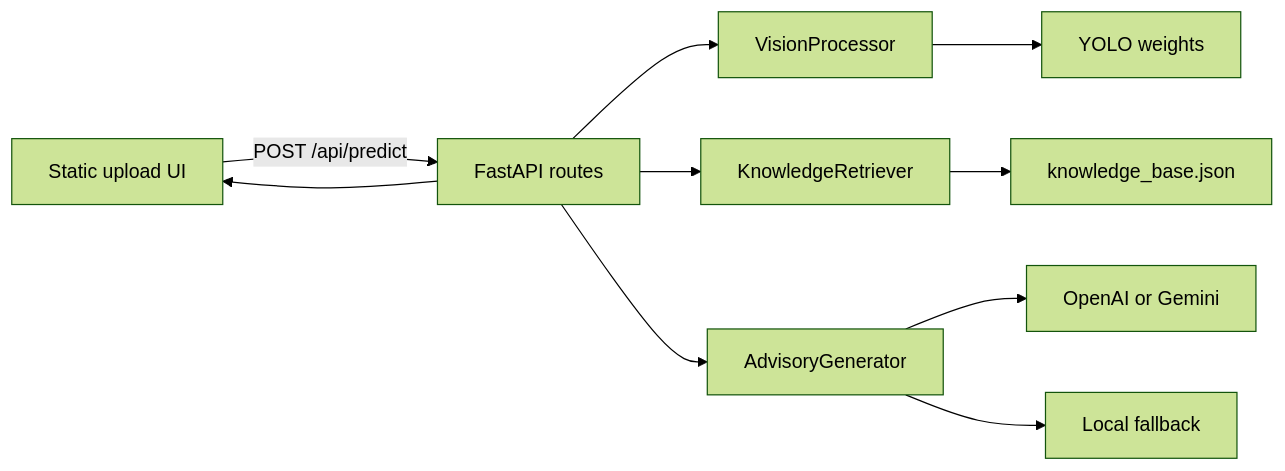
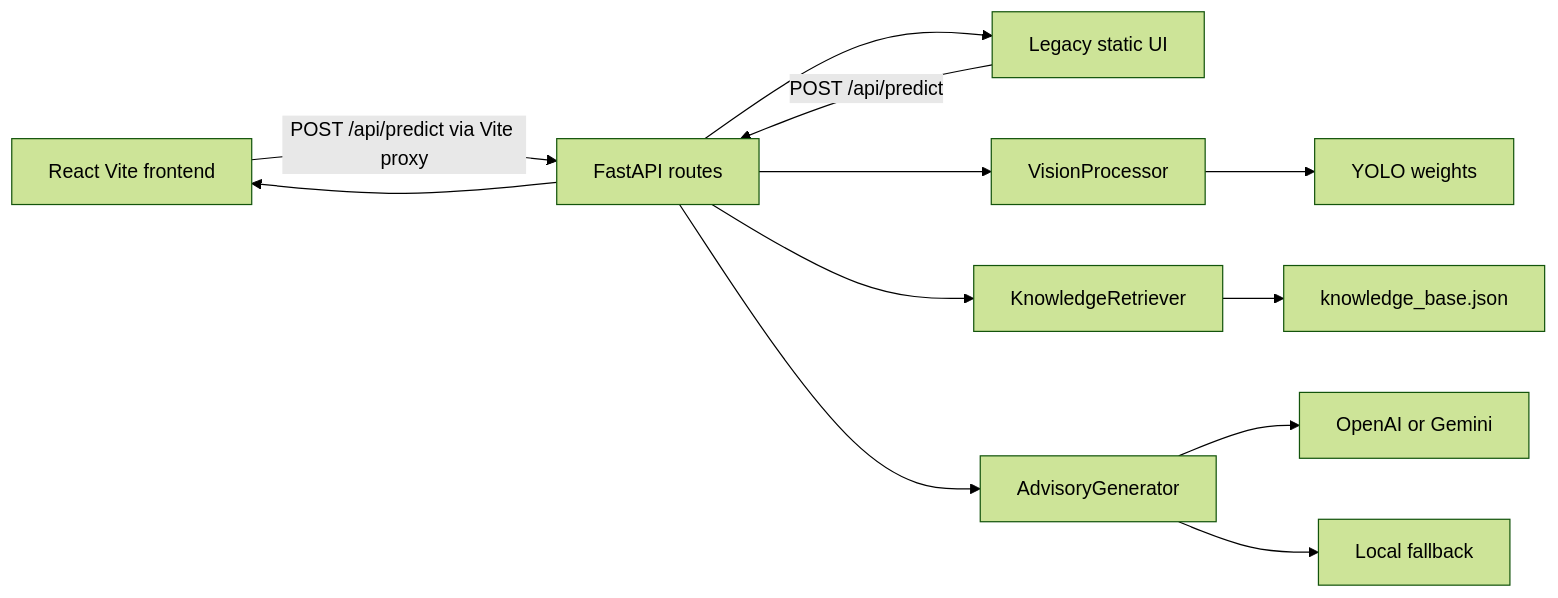
Before and after one commit to jiale2004/FoodSense-MY: the first of 2 diagrams in docs/architecture.md, drawn with Mermaid (forest theme). The commit also changed other lines of this file and 4 other files, not shown here.

Commit message:
docs: treat React Vite app as primary frontend in handoff and architecture

````diff
--- a/docs/architecture.md
+++ b/docs/architecture.md
@@ -12,12 +30,14 @@
 ```mermaid
 flowchart LR
-    UI[Static upload UI] -->|POST /api/predict| API[FastAPI routes]
+    UI[React Vite frontend] -->|POST /api/predict via Vite proxy| API[FastAPI routes]
+    Static[Legacy static UI] -->|POST /api/predict| API
     API --> Vision[VisionProcessor]
     Vision --> Model[YOLO weights]
     API --> Nutrition[KnowledgeRetriever]
     Nutrition --> KB[knowledge_base.json]
     API --> Advisory[AdvisoryGenerator]
     Advisory --> LLM[OpenAI or Gemini]
     Advisory --> Template[Local fallback]
     API --> UI
+    API --> Static
 ```
````
